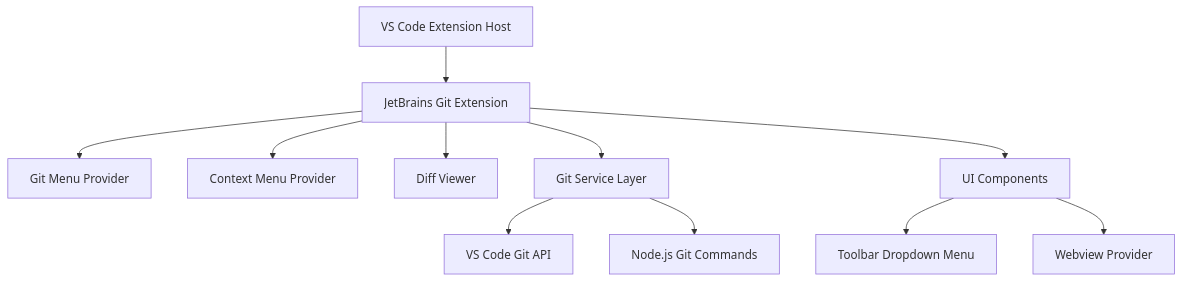
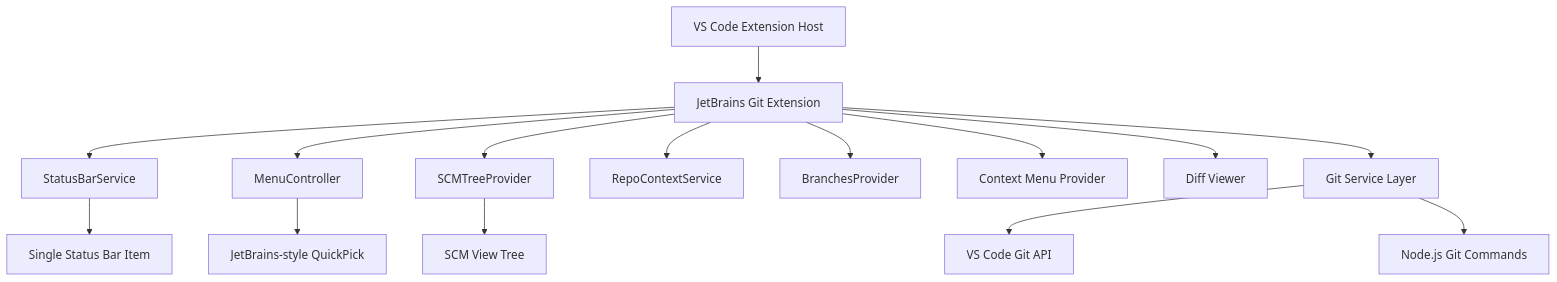
Before and after one commit to akeemphilbert/jetgit: the diagram in .kiro/specs/jetbrains-git-extension/design.md, drawn with Mermaid. The commit also changed other lines of this file and 15 other files, not shown here.

First line of the commit message:
refactor: replace StatusIntegrationService with StatusBarService

````diff
--- a/.kiro/specs/jetbrains-git-extension/design.md
+++ b/.kiro/specs/jetbrains-git-extension/design.md
@@ -13,13 +13,17 @@
 ```mermaid
 graph TB
     A[VS Code Extension Host] --> B[JetBrains Git Extension]
-    B --> C[Git Menu Provider]
-    B --> D[Context Menu Provider]
-    B --> E[Diff Viewer]
-    B --> F[Git Service Layer]
-    F --> G[VS Code Git API]
-    F --> H[Node.js Git Commands]
-    B --> I[UI Components]
-    I --> J[Toolbar Dropdown Menu]
-    I --> K[Webview Provider]
+    B --> C[StatusBarService]
+    B --> D[MenuController]
+    B --> E[SCMTreeProvider]
+    B --> F[RepoContextService]
+    B --> G[BranchesProvider]
+    B --> H[Context Menu Provider]
+    B --> I[Diff Viewer]
+    B --> J[Git Service Layer]
+    J --> K[VS Code Git API]
+    J --> L[Node.js Git Commands]
+    C --> M[Single Status Bar Item]
+    D --> N[JetBrains-style QuickPick]
+    E --> O[SCM View Tree]
 ```
````
